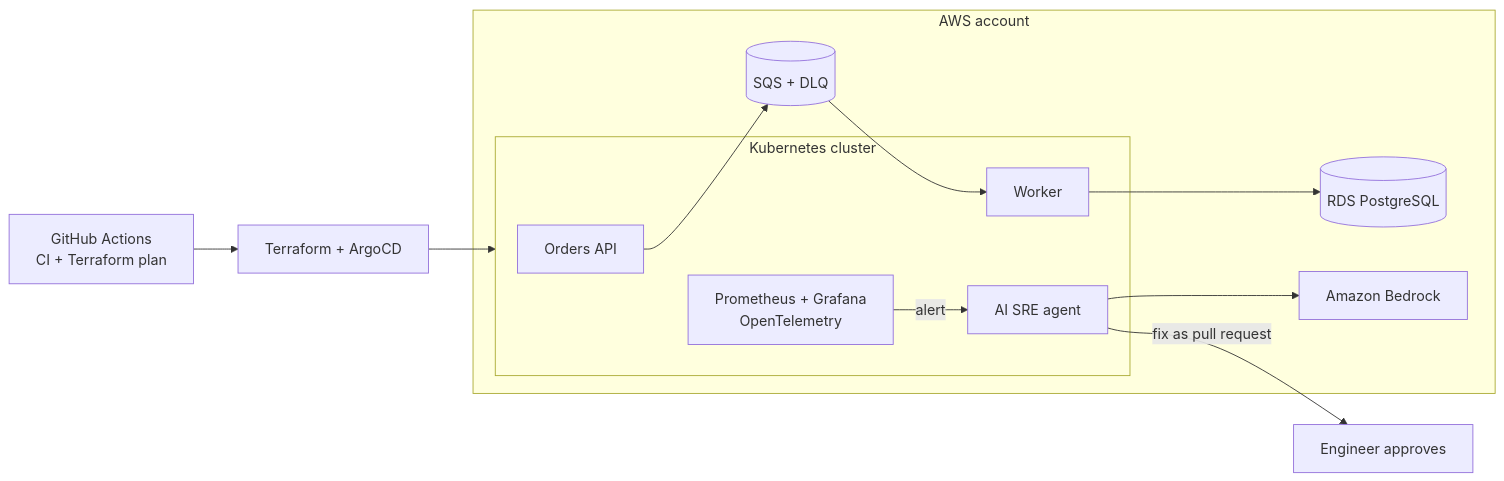
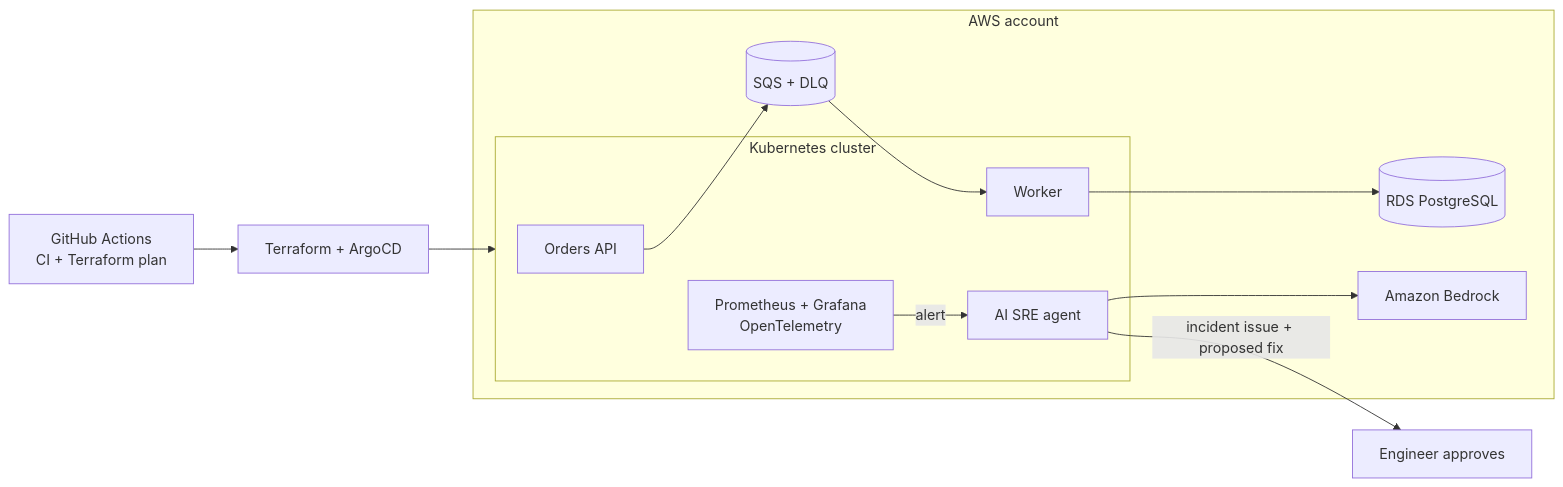
One commit to MaikonJm/aws-sre-ai-platform changed the diagram in README.md. Above: the diagram before and after it, drawn with Mermaid. The commit also changed other lines of this file and 18 other files, not shown here.

````diff
--- a/README.md
+++ b/README.md
@@ -13,22 +13,22 @@
 ```mermaid
 flowchart LR
   gh[GitHub Actions<br/>CI + Terraform plan] --> tf[Terraform + ArgoCD]
   tf --> k8s
 
   subgraph aws[AWS account]
     subgraph k8s[Kubernetes cluster]
       api[Orders API]
       worker[Worker]
       obs[Prometheus + Grafana<br/>OpenTelemetry]
       agent[AI SRE agent]
     end
     sqs[(SQS + DLQ)]
     rds[(RDS PostgreSQL)]
     bedrock[Amazon Bedrock]
   end
 
   api --> sqs --> worker --> rds
   obs -- alert --> agent
   agent --> bedrock
-  agent -- fix as pull request --> human[Engineer approves]
+  agent -- incident issue + proposed fix --> human[Engineer approves]
 ```
````
